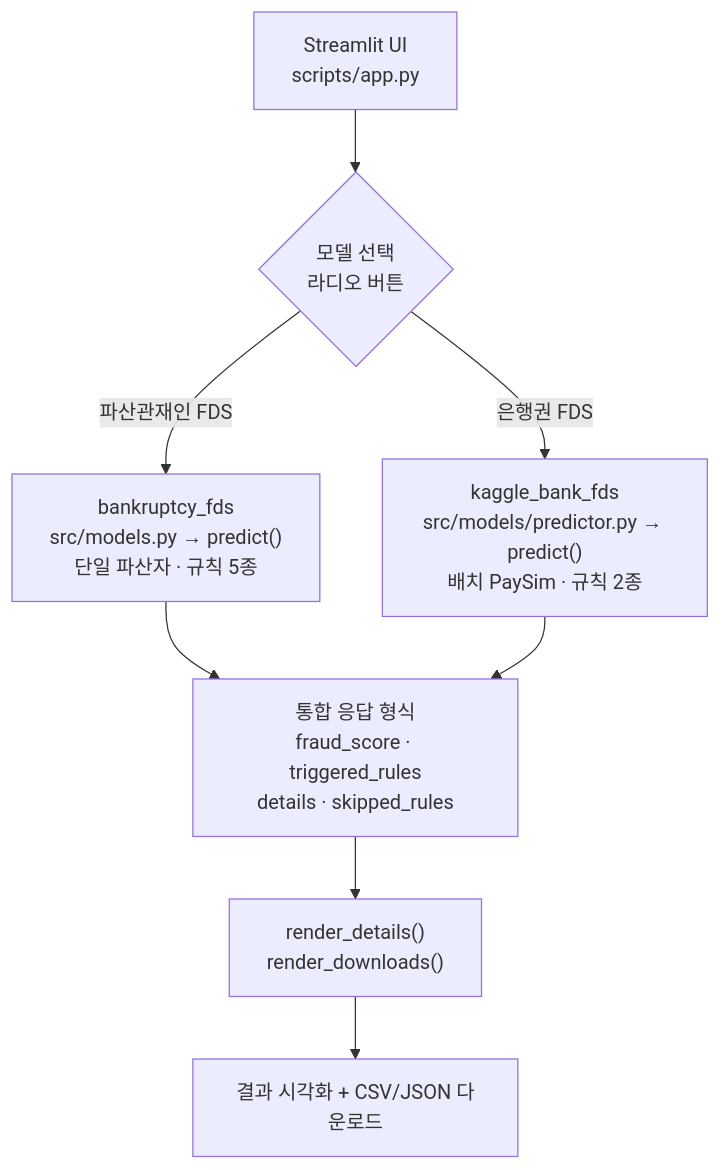
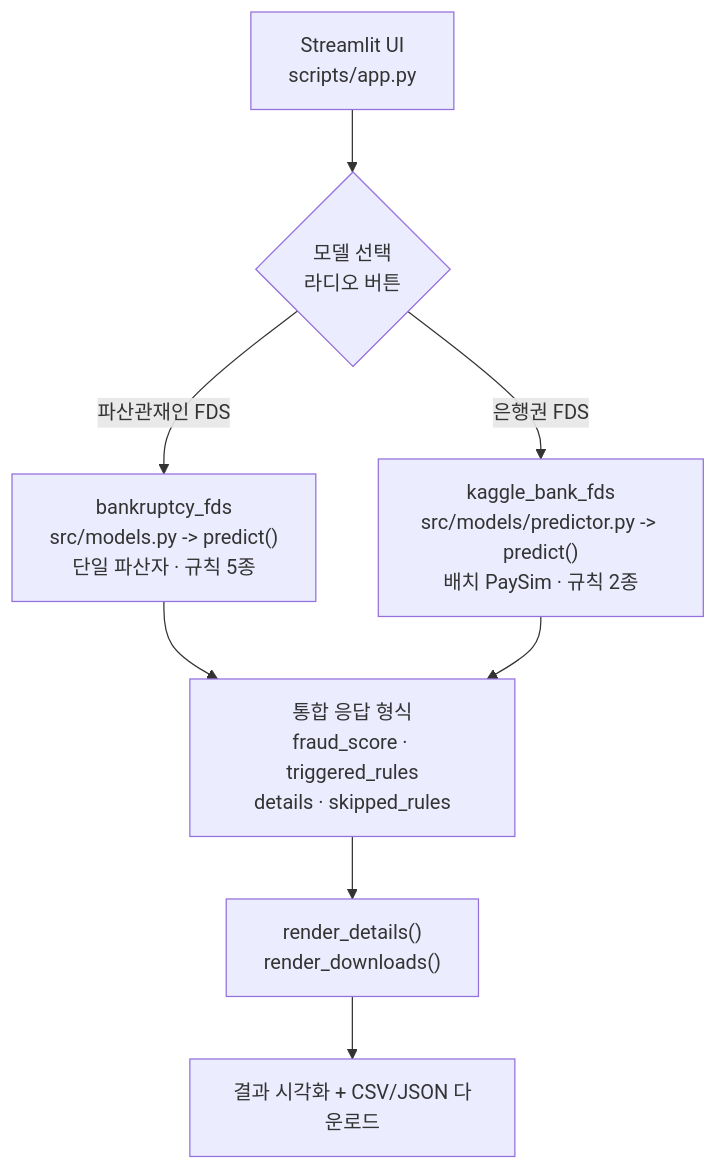
Before and after one commit to NoahBhang/FDS-learning-framework: the diagram in README.md, drawn with Mermaid. The commit also changed other lines of this file, not shown here.

````diff
--- a/README.md
+++ b/README.md
@@ -24,18 +24,18 @@
 ```mermaid
 flowchart TD
     UI["Streamlit UI<br/>scripts/app.py"]
     RADIO{"모델 선택<br/>라디오 버튼"}
-    BFDS["bankruptcy_fds<br/>src/models.py → predict()<br/>단일 파산자 · 규칙 5종"]
-    KFDS["kaggle_bank_fds<br/>src/models/predictor.py → predict()<br/>배치 PaySim · 규칙 2종"]
+    BFDS["bankruptcy_fds<br/>src/models.py -> predict()<br/>단일 파산자 · 규칙 5종"]
+    KFDS["kaggle_bank_fds<br/>src/models/predictor.py -> predict()<br/>배치 PaySim · 규칙 2종"]
     RESP["통합 응답 형식<br/>fraud_score · triggered_rules<br/>details · skipped_rules"]
     RENDER["render_details()<br/>render_downloads()"]
     OUT["결과 시각화 + CSV/JSON 다운로드"]
 
     UI --> RADIO
     RADIO -->|파산관재인 FDS| BFDS
     RADIO -->|은행권 FDS| KFDS
     BFDS --> RESP
     KFDS --> RESP
     RESP --> RENDER
     RENDER --> OUT
 ```
````
